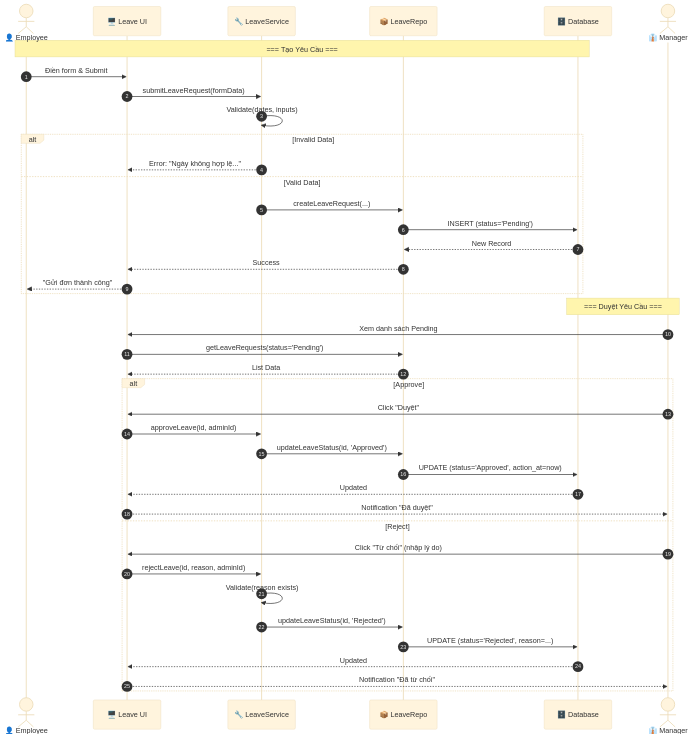
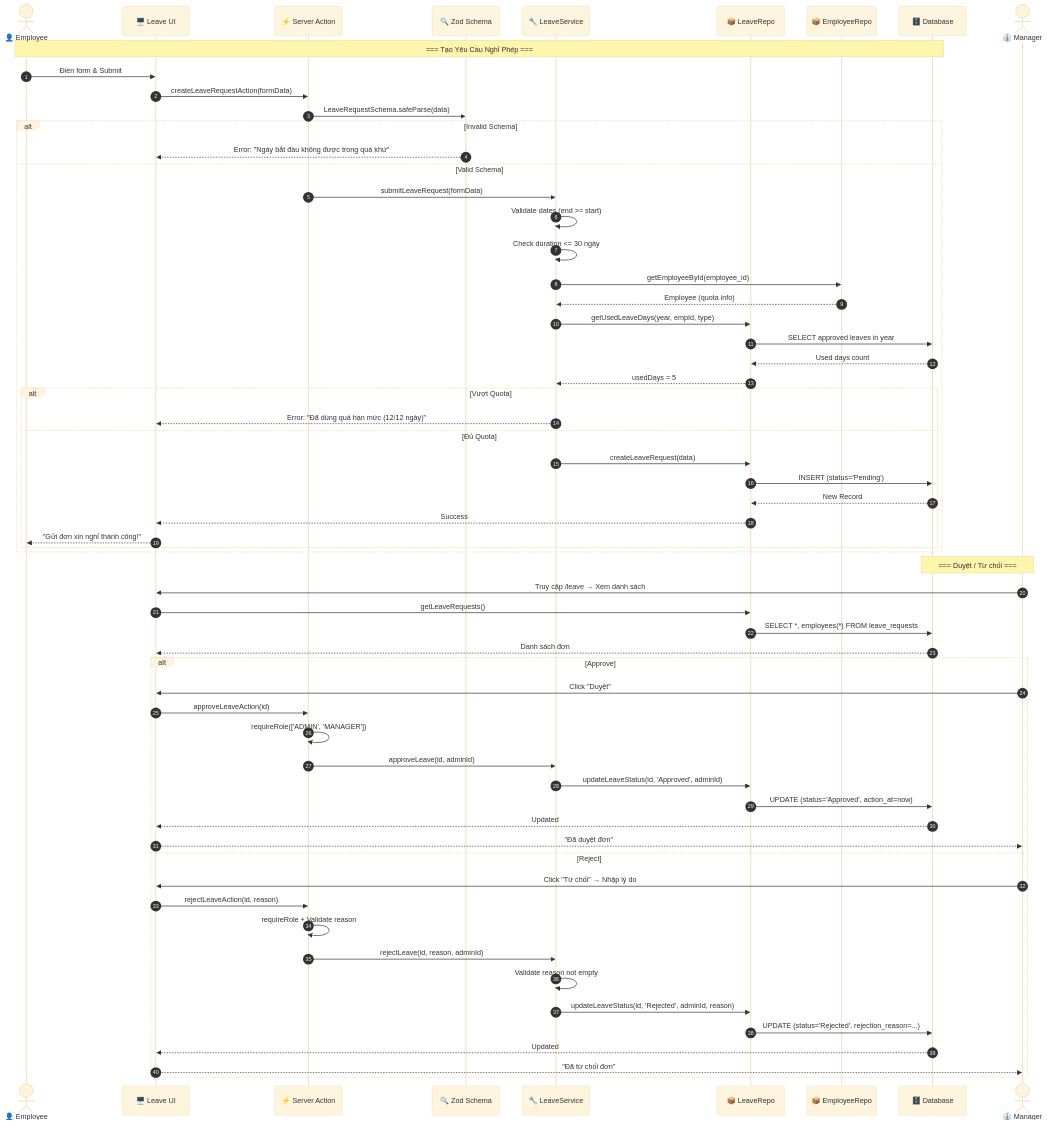
One commit to ChucAnhDai/HRMS-UTE changed the first of 3 diagrams in LEAVE_PROCESS_ANALYSIS.md. Above: the diagram before and after it, drawn with Mermaid (base theme). The commit also changed other lines of this file and 2 other files, not shown here.

````diff
--- a/LEAVE_PROCESS_ANALYSIS.md
+++ b/LEAVE_PROCESS_ANALYSIS.md
@@ -62,47 +92,70 @@
 ```mermaid
 sequenceDiagram
     autonumber
     actor Emp as 👤 Employee
     participant UI as 🖥️ Leave UI
+    participant Action as ⚡ Server Action
+    participant Schema as 🔍 Zod Schema
     participant Service as 🔧 LeaveService
     participant Repo as 📦 LeaveRepo
+    participant EmpRepo as 📦 EmployeeRepo
     participant DB as 🗄️ Database
     actor Mgr as 👔 Manager
 
-    Note over Emp, DB: === Tạo Yêu Cầu ===
+    Note over Emp, DB: === Tạo Yêu Cầu Nghỉ Phép ===
     Emp->>UI: Điền form & Submit
-    UI->>Service: submitLeaveRequest(formData)
-    Service->>Service: Validate(dates, inputs)
+    UI->>Action: createLeaveRequestAction(formData)
+    Action->>Schema: LeaveRequestSchema.safeParse(data)
     
-    alt Invalid Data
-        Service-->>UI: Error: "Ngày không hợp lệ..."
-    else Valid Data
-        Service->>Repo: createLeaveRequest(...)
-        Repo->>DB: INSERT (status='Pending')
-        DB-->>Repo: New Record
-        Repo-->>UI: Success
-        UI-->>Emp: "Gửi đơn thành công"
+    alt Invalid Schema
+        Schema-->>UI: Error: "Ngày bắt đầu không được trong quá khứ"
+    else Valid Schema
+        Action->>Service: submitLeaveRequest(formData)
+        Service->>Service: Validate dates (end >= start)
+        Service->>Service: Check duration <= 30 ngày
+        
+        Service->>EmpRepo: getEmployeeById(employee_id)
+        EmpRepo-->>Service: Employee (quota info)
+        Service->>Repo: getUsedLeaveDays(year, empId, type)
+        Repo->>DB: SELECT approved leaves in year
+        DB-->>Repo: Used days count
+        Repo-->>Service: usedDays = 5
+        
+        alt Vượt Quota
+            Service-->>UI: Error: "Đã dùng quá hạn mức (12/12 ngày)"
+        else Đủ Quota
+            Service->>Repo: createLeaveRequest(data)
+            Repo->>DB: INSERT (status='Pending')
+            DB-->>Repo: New Record
+            Repo-->>UI: Success
+            UI-->>Emp: "Gửi đơn xin nghỉ thành công!"
+        end
     end
 
-    Note over Mgr, DB: === Duyệt Yêu Cầu ===
-    Mgr->>UI: Xem danh sách Pending
-    UI->>Repo: getLeaveRequests(status='Pending')
-    Repo-->>UI: List Data
+    Note over Mgr, DB: === Duyệt / Từ chối ===
+    Mgr->>UI: Truy cập /leave → Xem danh sách
+    UI->>Repo: getLeaveRequests()
+    Repo->>DB: SELECT *, employees(*) FROM leave_requests
+    DB-->>UI: Danh sách đơn
     
     alt Approve
         Mgr->>UI: Click "Duyệt"
-        UI->>Service: approveLeave(id, adminId)
-        Service->>Repo: updateLeaveStatus(id, 'Approved')
+        UI->>Action: approveLeaveAction(id)
+        Action->>Action: requireRole(['ADMIN', 'MANAGER'])
+        Action->>Service: approveLeave(id, adminId)
+        Service->>Repo: updateLeaveStatus(id, 'Approved', adminId)
         Repo->>DB: UPDATE (status='Approved', action_at=now)
         DB-->>UI: Updated
-        UI-->>Mgr: Notification "Đã duyệt"
+        UI-->>Mgr: "Đã duyệt đơn"
     else Reject
-        Mgr->>UI: Click "Từ chối" (nhập lý do)
-        UI->>Service: rejectLeave(id, reason, adminId)
-        Service->>Service: Validate(reason exists)
-        Service->>Repo: updateLeaveStatus(id, 'Rejected')
-        Repo->>DB: UPDATE (status='Rejected', reason=...)
+        Mgr->>UI: Click "Từ chối" → Nhập lý do
+        UI->>Action: rejectLeaveAction(id, reason)
+        Action->>Action: requireRole + Validate reason
+        Action->>Service: rejectLeave(id, reason, adminId)
+        Service->>Service: Validate reason not empty
+        Service->>Repo: updateLeaveStatus(id, 'Rejected', adminId, reason)
+        Repo->>DB: UPDATE (status='Rejected', rejection_reason=...)
         DB-->>UI: Updated
-        UI-->>Mgr: Notification "Đã từ chối"
+        UI-->>Mgr: "Đã từ chối đơn"
     end
 ```
````
